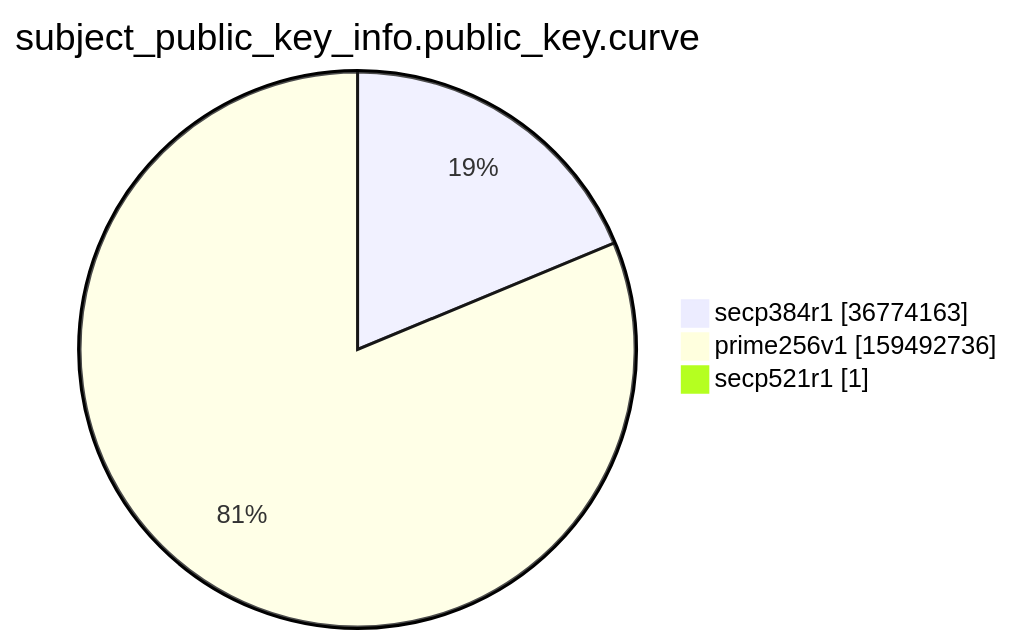
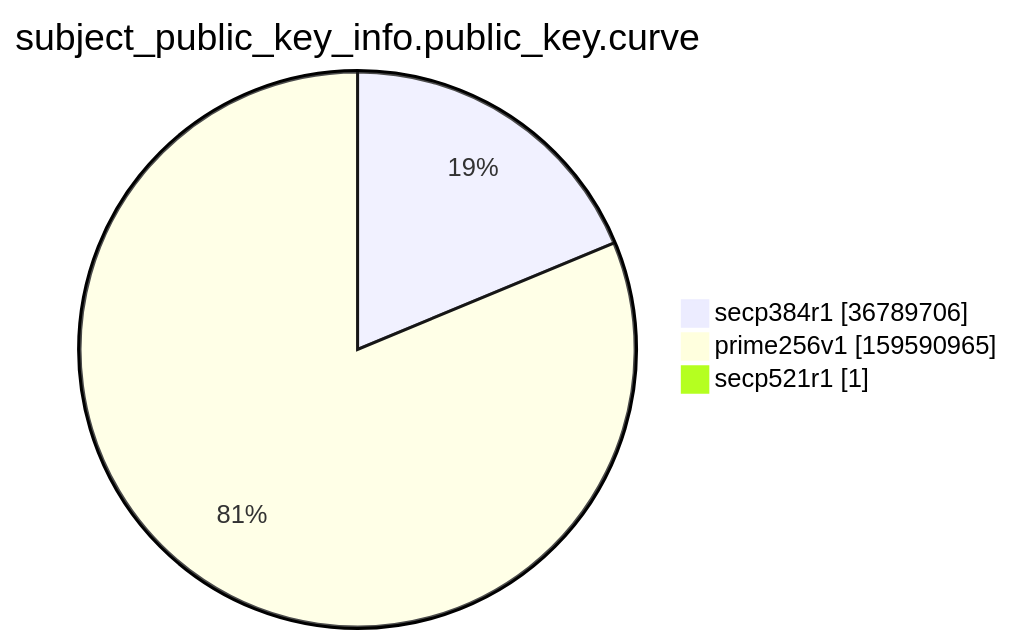
Before and after one commit to christiankrug/ctmonitor_visualization: the ninth of 15 diagrams in argon2022/README.md, drawn with Mermaid. The commit also changed other lines of this file, not shown here.

````diff
--- a/argon2022/README.md
+++ b/argon2022/README.md
@@ -2766,7 +2766,7 @@
 ```mermaid
 pie showData
 title subject_public_key_info.public_key.curve
-"secp384r1" :36774163
-"prime256v1" :159492736
+"secp384r1" :36789706
+"prime256v1" :159590965
 "secp521r1" :1
 ```
````
